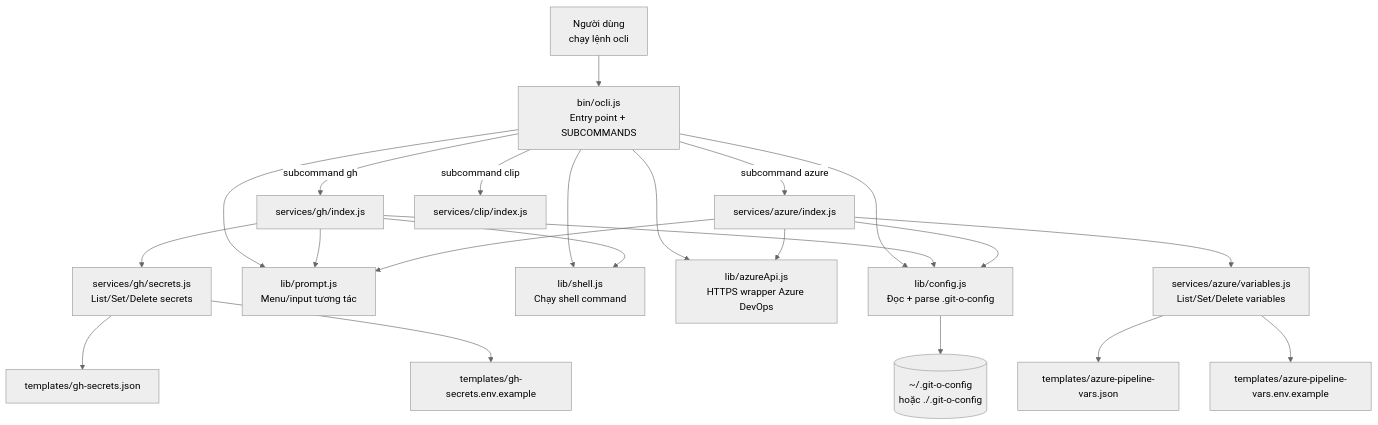
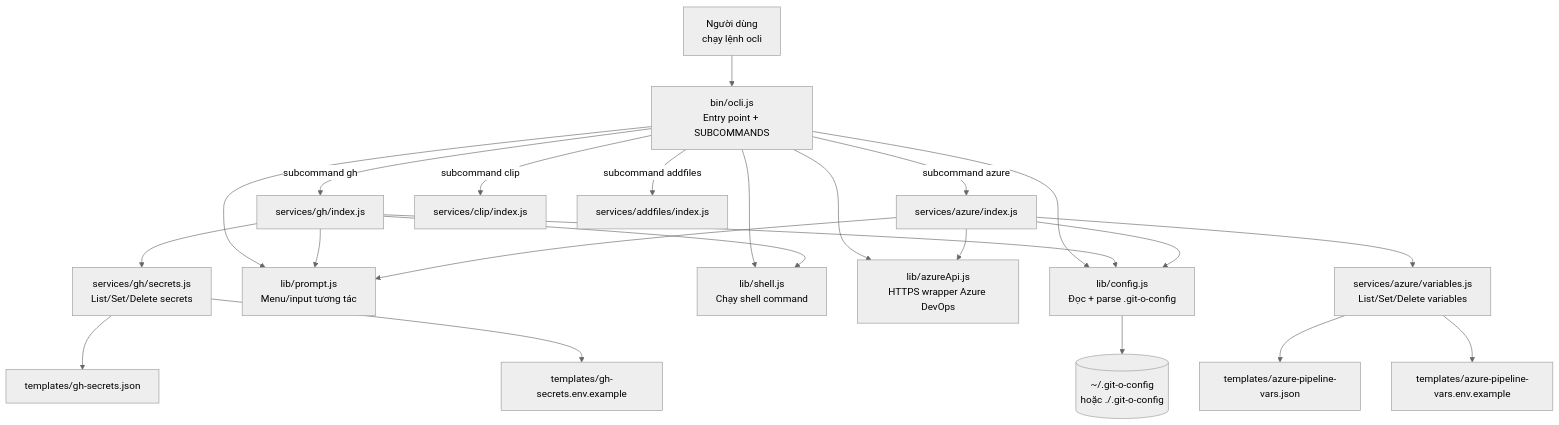
Before and after one commit to o22zalo/o-git-alias: the first of 3 diagrams in nodecli/README.md, drawn with Mermaid (neutral theme). The commit also changed other lines of this file and 4 other files, not shown here.

````diff
--- a/nodecli/README.md
+++ b/nodecli/README.md
@@ -47,30 +49,31 @@
 ```mermaid
 flowchart TB
     U[Người dùng\nchạy lệnh ocli] --> O[bin/ocli.js\nEntry point + SUBCOMMANDS]
 
     O -->|subcommand gh| GH[services/gh/index.js]
     O -->|subcommand azure| AZ[services/azure/index.js]
     O -->|subcommand clip| CLIP[services/clip/index.js]
+    O -->|subcommand addfiles| ADD[services/addfiles/index.js]
 
     O --> CFG[lib/config.js\nĐọc + parse .git-o-config]
     O --> PR[lib/prompt.js\nMenu/input tương tác]
     O --> SH[lib/shell.js\nChạy shell command]
     O --> API[lib/azureApi.js\nHTTPS wrapper Azure DevOps]
 
     GH --> GHSEC[services/gh/secrets.js\nList/Set/Delete secrets]
     GH --> SH
     GH --> PR
     GH --> CFG
 
     AZ --> AZVAR[services/azure/variables.js\nList/Set/Delete variables]
     AZ --> PR
     AZ --> CFG
     AZ --> API
 
     GHSEC --> TGH1[templates/gh-secrets.json]
     GHSEC --> TGH2[templates/gh-secrets.env.example]
     AZVAR --> TAZ1[templates/azure-pipeline-vars.json]
     AZVAR --> TAZ2[templates/azure-pipeline-vars.env.example]
 
     CFG --> GC[(~/.git-o-config\nhoặc ./.git-o-config)]
 ```
````
